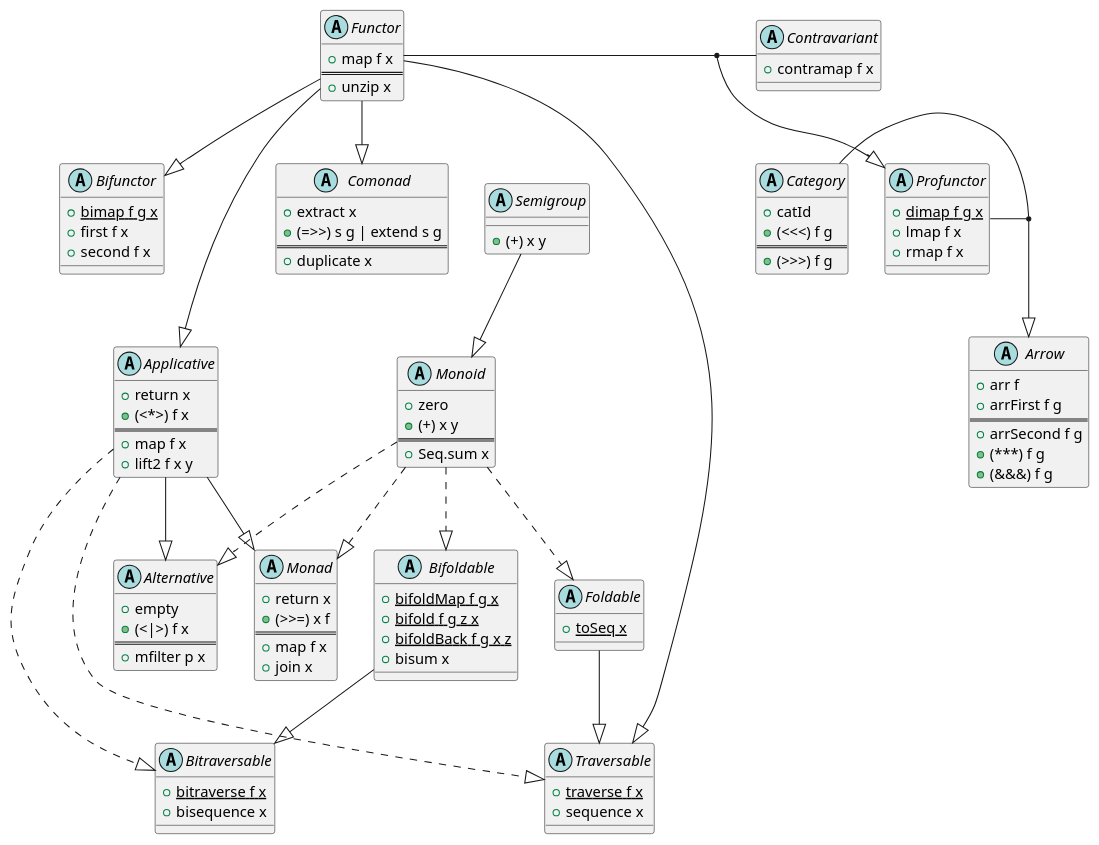
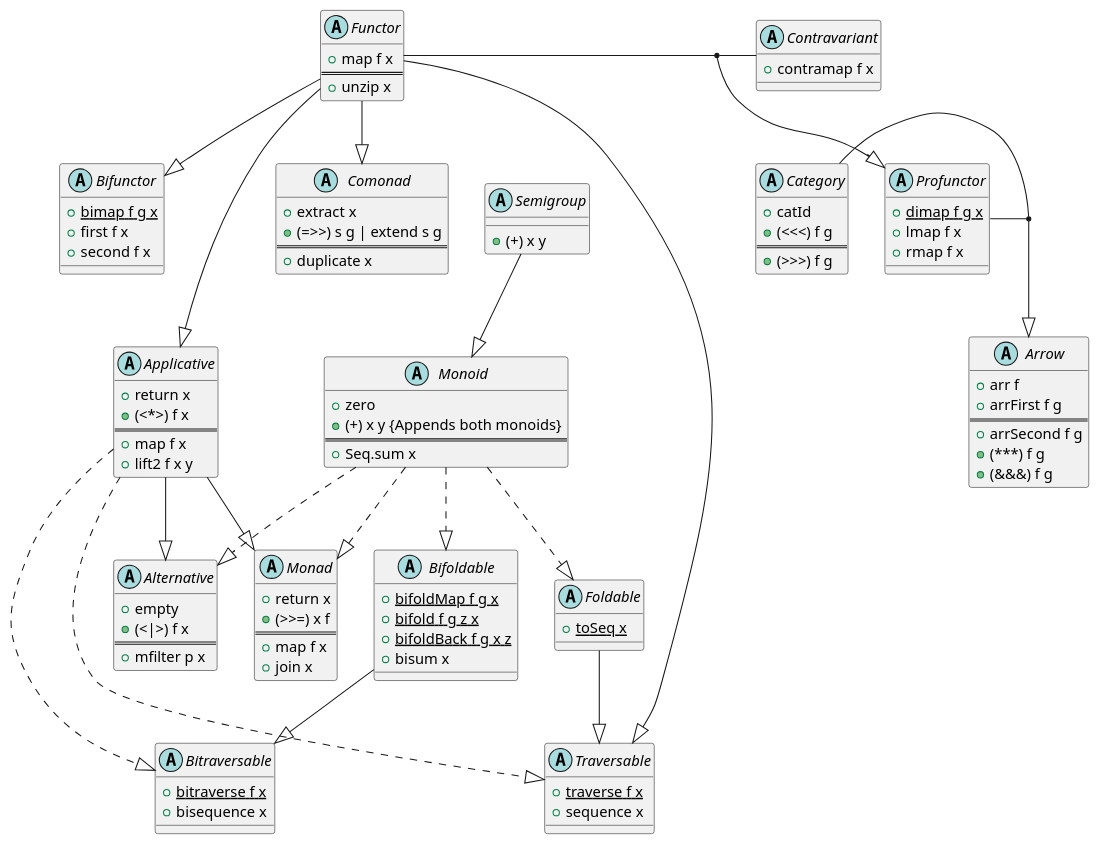
Before and after one commit to fsprojects/FSharpPlus: the diagram in docsrc/tools/templates/abstractions.plantuml, drawn with PlantUML. The commit also changed 2 other files, not shown here.

Commit message:
Workaround for broken plantuml rendering
Rendering of SVG containing a link tag inside another html link tag
renders empty. This seems to be related to browser updates. From what I
can see there isn't any changes in plantuml related to link rendering.
This is probably due to browser updates.

```diff
--- a/docsrc/tools/templates/abstractions.plantuml
+++ b/docsrc/tools/templates/abstractions.plantuml
@@ -1,134 +1,134 @@
 @startuml
 skinparam svgDimensionStyle false
 
 together {
 	abstract class Semigroup [[http://fsprojects.github.io/FSharpPlus/abstraction-semigroup.html]] {
-	  + (+) x y [[[http://fsprojects.github.io/FSharpPlus/abstraction-semigroup.html#plus {Appends two semigroups} ]]]
+	  + (+) x y
 	}
 
 	abstract class Comonad [[http://fsprojects.github.io/FSharpPlus/abstraction-comonad.html]] {
-	  + extract x [[[http://fsprojects.github.io/FSharpPlus/abstraction-comonad.html#extract]]]
-	  + (=>>) s g | extend s g [[[http://fsprojects.github.io/FSharpPlus/abstraction-comonad.html#extend]]]
+	  + extract x
+	  + (=>>) s g | extend s g
 	  ==
 	  + duplicate x
 	}
 }
 
 abstract class Monoid [[http://fsprojects.github.io/FSharpPlus/abstraction-monoid.html]] {
-  + zero [[[http://fsprojects.github.io/FSharpPlus/abstraction-monoid.html#zero {Identity for (+)} ]]]
-  + (+) x y [[[http://fsprojects.github.io/FSharpPlus/abstraction-monoid.html#plus {Appends both monoids} ]]]
+  + zero
+  + (+) x y {Appends both monoids}
   ==
-  + Seq.sum x [[[http://fsprojects.github.io/FSharpPlus/abstraction-monoid.html#sum {Flatten a sequence of monoids} ]]]
+  + Seq.sum x
 }
 
 
 abstract class Functor [[http://fsprojects.github.io/FSharpPlus/abstraction-functor.html]] {
-  + map f x [[[http://fsprojects.github.io/FSharpPlus/abstraction-functor.html#map {Lift a function into a Functor} ]]]
+  + map f x
   ==
   + unzip x
 }
 
 abstract class Contravariant [[http://fsprojects.github.io/FSharpPlus/abstraction-contravariant.html]] {
-  + contramap f x [[[http://fsprojects.github.io/FSharpPlus/abstraction-contravariant.html#contramap]]]
+  + contramap f x
 }
 
 
 abstract class Applicative [[http://fsprojects.github.io/FSharpPlus/abstraction-applicative.html]] {
-  + return x [[[http://fsprojects.github.io/FSharpPlus/abstraction-monad.html#return {Lift a value into a Functor} ]]]
-  + (<*>) f x [[[http://fsprojects.github.io/FSharpPlus/abstraction-applicative.html {Apply a lifted argument to a lifted function} ]]]
+  + return x
+  + (<*>) f x
   ==
-  + map f x [[[http://fsprojects.github.io/FSharpPlus/abstraction-functor.html#map {Lift a function into a Functor} ]]]
-  + lift2 f x y [[[http://fsprojects.github.io/FSharpPlus/abstraction-applicative.html#lift2 {Applies 2 lifted values to a non-lifted function} ]]]
+  + map f x
+  + lift2 f x y
 }
 
 abstract class Alternative [[http://fsprojects.github.io/FSharpPlus/abstraction-alternative.html]] {
-  + empty [[[http://fsprojects.github.io/FSharpPlus/abstraction-alternative.html]]]
-  + (<|>) f x [[[http://fsprojects.github.io/FSharpPlus/abstraction-alternative.html]]]
+  + empty
+  + (<|>) f x
   ==
-  + mfilter p x [[[http://fsprojects.github.io/FSharpPlus/abstraction-alternative.html#mfilter {Returns all values satisfying the predicate, if the predicate returns false will use the empty value} ]]]
+  + mfilter p x
 }
 
 abstract class Monad [[http://fsprojects.github.io/FSharpPlus/abstraction-monad.html]] {
-  + return x [[[http://fsprojects.github.io/FSharpPlus/abstraction-monad.html#return {Lift a value into a Functor} ]]]
-  + (>>=) x f [[[http://fsprojects.github.io/FSharpPlus/abstraction-monad.html#bind {Takes a monadic value and a function from a plain type to a monadic value, and returns a new monadic value} ]]]
+  + return x
+  + (>>=) x f
   ==
-  + map f x [[[http://fsprojects.github.io/FSharpPlus/abstraction-functor.html#map {Lift a function into a Functor} ]]]
-  + join x [[[http://fsprojects.github.io/FSharpPlus/abstraction-functor.html#join {Flattens two layers of monadic information into one} ]]]
+  + map f x
+  + join x
 }
 
 
 abstract class Bifunctor [[http://fsprojects.github.io/FSharpPlus/abstraction-bifunctor.html]] {
-  + {static} bimap f g x [[[http://fsprojects.github.io/FSharpPlus/abstraction-bifunctor.html#bimap]]]
-  + first f x [[[http://fsprojects.github.io/FSharpPlus/abstraction-bifunctor.html#first]]]
-  + second f x [[[http://fsprojects.github.io/FSharpPlus/abstraction-bifunctor.html#second]]]
+  + {static} bimap f g x
+  + first f x
+  + second f x
 }
 
 
 
 abstract class Foldable [[http://fsprojects.github.io/FSharpPlus/abstraction-foldable.html]] {
-  {static} + toSeq x [[[http://fsprojects.github.io/FSharpPlus/abstraction-foldable.html#toSeq {Converts to a seq} ]]]
+  {static} + toSeq x
 }
 
 abstract class Bifoldable [[http://fsprojects.github.io/FSharpPlus/abstraction-bifoldable.html]] {
-  {static} + bifoldMap f g x [[[http://fsprojects.github.io/FSharpPlus/abstraction-bifoldable.html#bifoldMap]]]
-  {static} + bifold f g z x [[[http://fsprojects.github.io/FSharpPlus/abstraction-bifoldable.html#bifold]]]
-  {static} + bifoldBack f g x z [[[http://fsprojects.github.io/FSharpPlus/abstraction-bifoldable.html#bifoldBack]]]
-  + bisum x [[[http://fsprojects.github.io/FSharpPlus/abstraction-bifoldable.html#bisum]]]
+  {static} + bifoldMap f g x
+  {static} + bifold f g z x
+  {static} + bifoldBack f g x z
+  + bisum x
 }
 
 abstract class Traversable [[http://fsprojects.github.io/FSharpPlus/abstraction-traversable.html]] {
-  {static} + traverse f x [[[http://fsprojects.github.io/FSharpPlus/abstraction-traversable.html#traverse {Map each element of a structure to an action, evaluate them left to right and collect result }]]]
-  + sequence x [[[http://fsprojects.github.io/FSharpPlus/abstraction-traversable.html#sequence {Evaluate each action in the structure left to right and collect the result } ]]]
+  {static} + traverse f x
+  + sequence x
 }
 
 abstract class Bitraversable [[http://fsprojects.github.io/FSharpPlus/abstraction-bitraversable.html]] {
-  {static} + bitraverse f x [[[http://fsprojects.github.io/FSharpPlus/abstraction-bitraversable.html#bitraverse {Evaluates the relevant functions at each element in the structure, running the action, and collect results }]]]
-  + bisequence x [[[http://fsprojects.github.io/FSharpPlus/abstraction-bitraversable.html#bisequence {Sequences all the actions in a structure, building a new structure with the same shape using the results of the actions } ]]]
+  {static} + bitraverse f x
+  + bisequence x
 }
 
 together {
 	abstract class Profunctor [[http://fsprojects.github.io/FSharpPlus/abstraction-profunctor.html]] {
-	  + {static} dimap f g x [[[http://fsprojects.github.io/FSharpPlus/abstraction-profunctor.html#dimap]]]
-	  + lmap f x [[[http://fsprojects.github.io/FSharpPlus/abstraction-profunctor.html#lmap]]]
-	  + rmap f x [[[http://fsprojects.github.io/FSharpPlus/abstraction-profunctor.html#rmap]]]
+	  + {static} dimap f g x
+	  + lmap f x
+	  + rmap f x
 	}
 
 	abstract class Category [[http://fsprojects.github.io/FSharpPlus/abstraction-category.html]] {
-	  + catId [[[http://fsprojects.github.io/FSharpPlus/abstraction-category.html#catId {The identity morphism. }]]]
-	  + (<<<) f g [[[http://fsprojects.github.io/FSharpPlus/abstraction-category.html#catComp {Right-to-left morphism composition. } ]]]
+	  + catId
+	  + (<<<) f g
 	  ==
-	  + (>>>) f g [[[http://fsprojects.github.io/FSharpPlus/abstraction-category.html#catComp {Left-to-right morphism composition. } ]]]
+	  + (>>>) f g
 	}
 }
 
 abstract class Arrow [[http://fsprojects.github.io/FSharpPlus/abstraction-arrow.html]] {
-  + arr f [[[http://fsprojects.github.io/FSharpPlus/abstraction-arrow.html#arr {Lift a function to an arrow. }]]]
-  + arrFirst f g [[[http://fsprojects.github.io/FSharpPlus/abstraction-arrow.html#arrFirst {Send the 1st component of the input through the argument arrow and copy the rest unchanged to the output. } ]]]
+  + arr f
+  + arrFirst f g
   ==
-  + arrSecond f g [[[http://fsprojects.github.io/FSharpPlus/abstraction-arrow.html#arrSecond {Send the 2nd component of the input through the argument arrow and copy the rest unchanged to the output. } ]]]
-  + (***) f g [[[http://fsprojects.github.io/FSharpPlus/abstraction-arrow.html#arrCombine {Split the input between the two argument arrows and combine their output. } ]]]
-  + (&&&) f g [[[http://fsprojects.github.io/FSharpPlus/abstraction-arrow.html#fanout {Send the input to both argument arrows and combine their output. } ]]]
+  + arrSecond f g
+  + (***) f g
+  + (&&&) f g
 }
 
 
 
 Semigroup  --|> Monoid 
 Functor  --|> Bifunctor
 Functor  --|> Applicative
 Applicative  --|> Monad
 Applicative  --|> Alternative
 Monoid ..|> Monad
 Monoid ..|> Foldable
 Monoid ..|> Bifoldable
 Functor --|> Comonad
 Functor --|> Traversable
 Foldable --|> Traversable
 Bifoldable --|> Bitraversable
 Applicative ..|> Bitraversable
 Applicative ..|> Traversable
 Monoid ..|> Alternative
 Functor - Contravariant
 (Functor, Contravariant) --|> Profunctor
 Profunctor - Category
 (Profunctor, Category) --|>  Arrow
 @enduml
```
